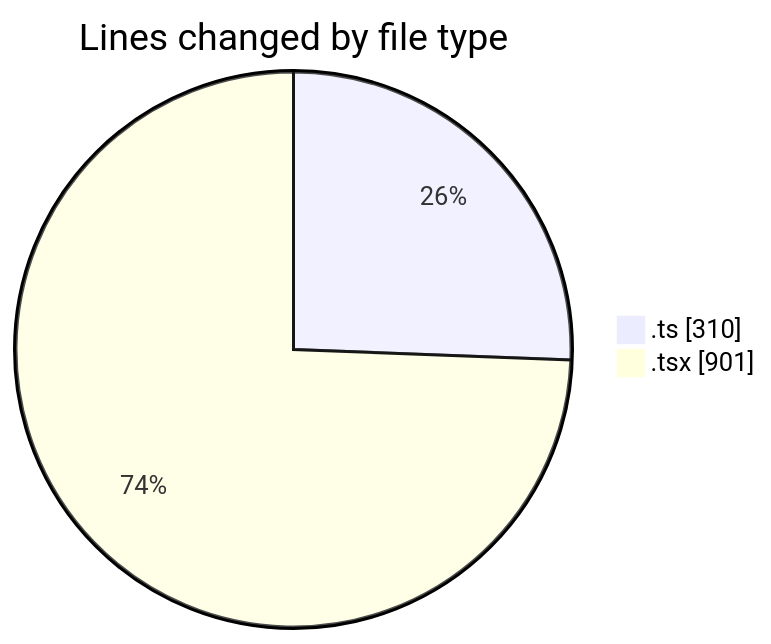
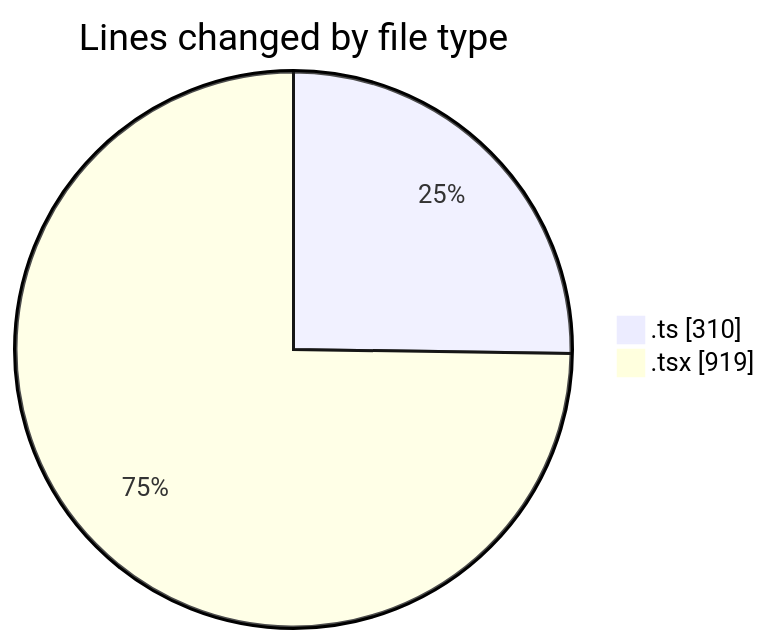
Before and after one commit to momahboobian/code-tracking: the first of 2 diagrams in 2026-09-09/cda/README.md, drawn with Mermaid. The commit also changed other lines of this file and 1 other file, not shown here.

````diff
--- a/2026-09-09/cda/README.md
+++ b/2026-09-09/cda/README.md
@@ -30,6 +30,6 @@
 ```mermaid
 pie showData
 title Lines changed by file type
 ".ts" : 310
-".tsx" : 901
+".tsx" : 919
 ```
````
